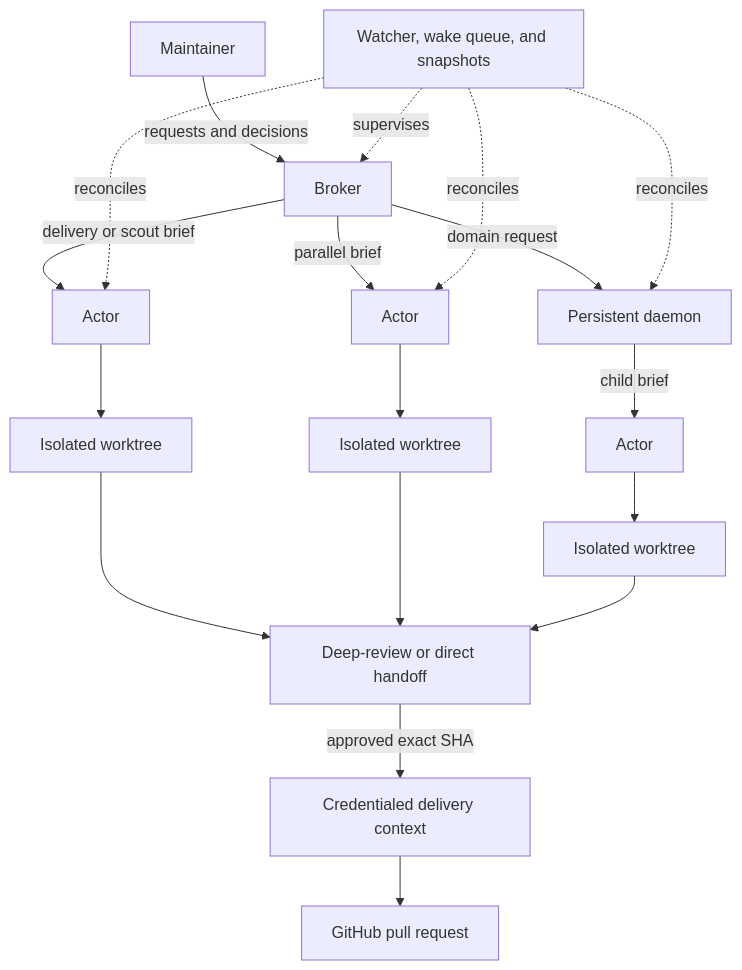
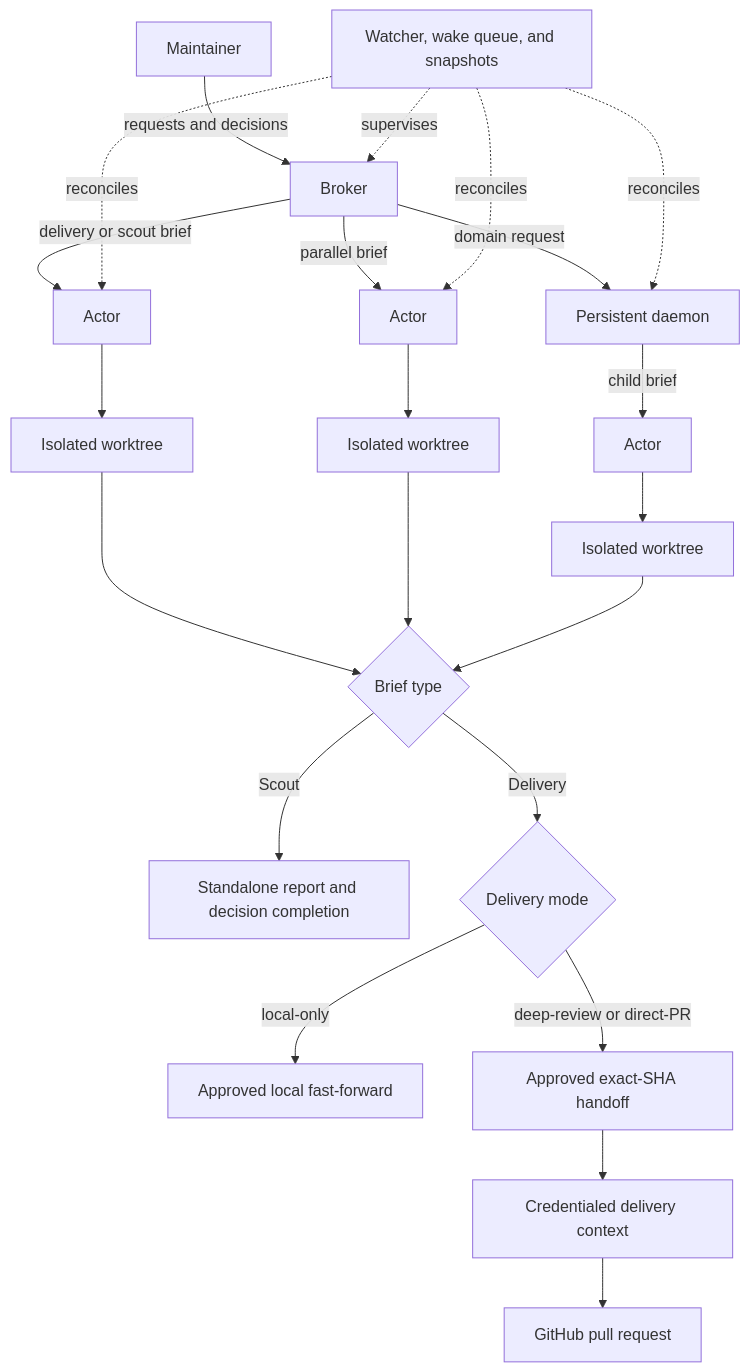
Before and after one commit to KashyapTan/Multplx: the diagram in README.md, drawn with Mermaid. The commit also changed 2 other files, not shown here.

Commit message:
fix: deep-review review round 1

````diff
--- a/README.md
+++ b/README.md
@@ -91,20 +91,24 @@
 ```mermaid
 flowchart TB
     M[Maintainer] -->|requests and decisions| B[Broker]
     B -->|delivery or scout brief| A1[Actor]
     B -->|parallel brief| A2[Actor]
     B -->|domain request| D[Persistent daemon]
     D -->|child brief| A3[Actor]
     A1 --> W1[Isolated worktree]
     A2 --> W2[Isolated worktree]
     A3 --> W3[Isolated worktree]
     S[Watcher, wake queue, and snapshots] -. supervises .-> B
     S -. reconciles .-> A1
     S -. reconciles .-> A2
     S -. reconciles .-> D
-    W1 --> G[Deep-review or direct handoff]
-    W2 --> G
-    W3 --> G
-    G -->|approved exact SHA| X[Credentialed delivery context]
+    W1 --> T{Brief type}
+    W2 --> T
+    W3 --> T
+    T -->|Scout| Q[Standalone report and decision completion]
+    T -->|Delivery| L{Delivery mode}
+    L -->|local-only| F[Approved local fast-forward]
+    L -->|deep-review or direct-PR| G[Approved exact-SHA handoff]
+    G --> X[Credentialed delivery context]
     X --> R[GitHub pull request]
 ```
````
